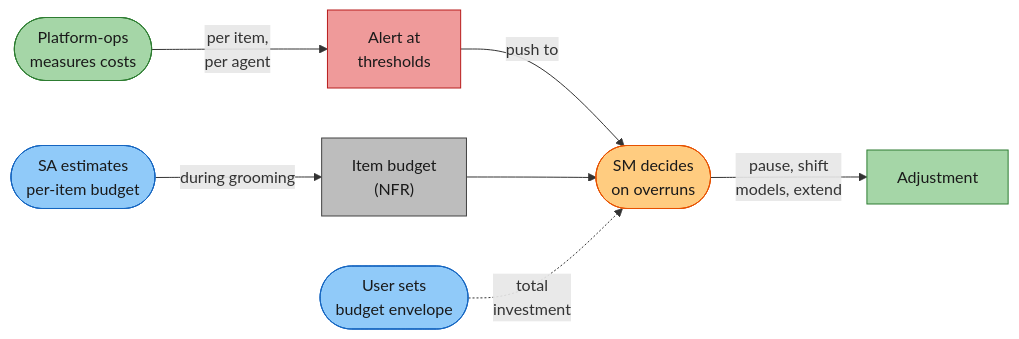
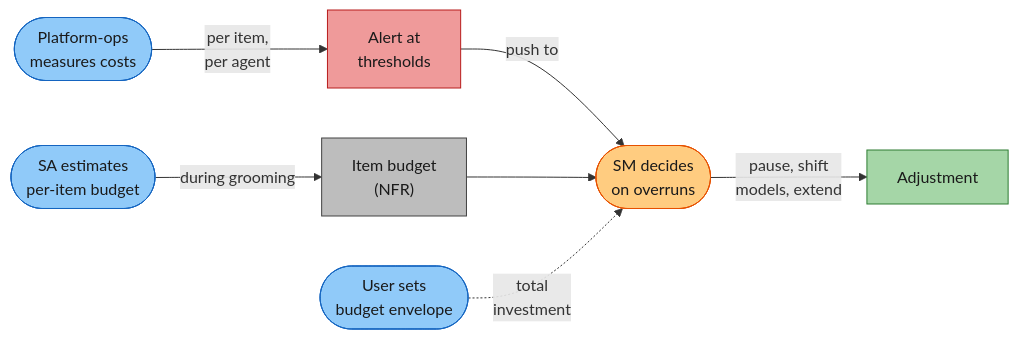
Diagram 22 of 23 in docs/COLLABORATION-MODEL.md (rdunie/venutian-antfarm), drawn with Mermaid before and after one commit. The commit also changed other lines of this file, not shown here.

Commit message:
docs: add governance diagrams, TOC, knowledge-ops rename, tier colors to COLLABORATION-MODEL

````diff
--- a/docs/COLLABORATION-MODEL.md
+++ b/docs/COLLABORATION-MODEL.md
@@ -657,17 +795,17 @@
 ```mermaid
 flowchart LR
     PO_B(["Platform-ops\nmeasures costs"]) -->|"per item,\nper agent"| ALERT["Alert at\nthresholds"]
     SA_B(["SA estimates\nper-item budget"]) -->|"during grooming"| BUDGET["Item budget\n(NFR)"]
     ALERT -->|"push to"| SM_B(["SM decides\non overruns"])
     BUDGET --> SM_B
     SM_B -->|"pause, shift\nmodels, extend"| ACTION["Adjustment"]
     USER_B(["User sets\nbudget envelope"]) -.->|"total\ninvestment"| SM_B
 
-    style PO_B fill:#a5d6a7,stroke:#2e7d32,color:#1a1a1a
+    style PO_B fill:#90caf9,stroke:#1565c0,color:#1a1a1a
     style SA_B fill:#90caf9,stroke:#1565c0,color:#1a1a1a
     style SM_B fill:#ffcc80,stroke:#e65100,color:#1a1a1a
     style ALERT fill:#ef9a9a,stroke:#b71c1c,color:#1a1a1a
     style BUDGET fill:#bdbdbd,stroke:#424242,color:#1a1a1a
     style ACTION fill:#a5d6a7,stroke:#2e7d32,color:#1a1a1a
     style USER_B fill:#90caf9,stroke:#1565c0,color:#1a1a1a
 ```
````
